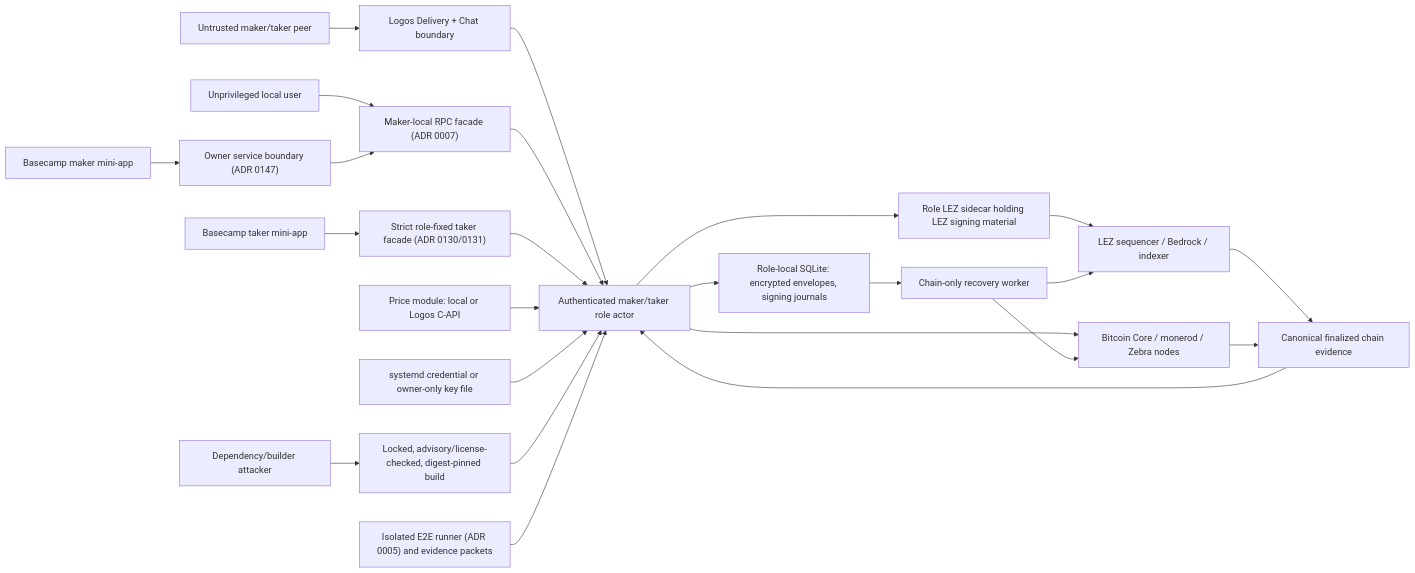
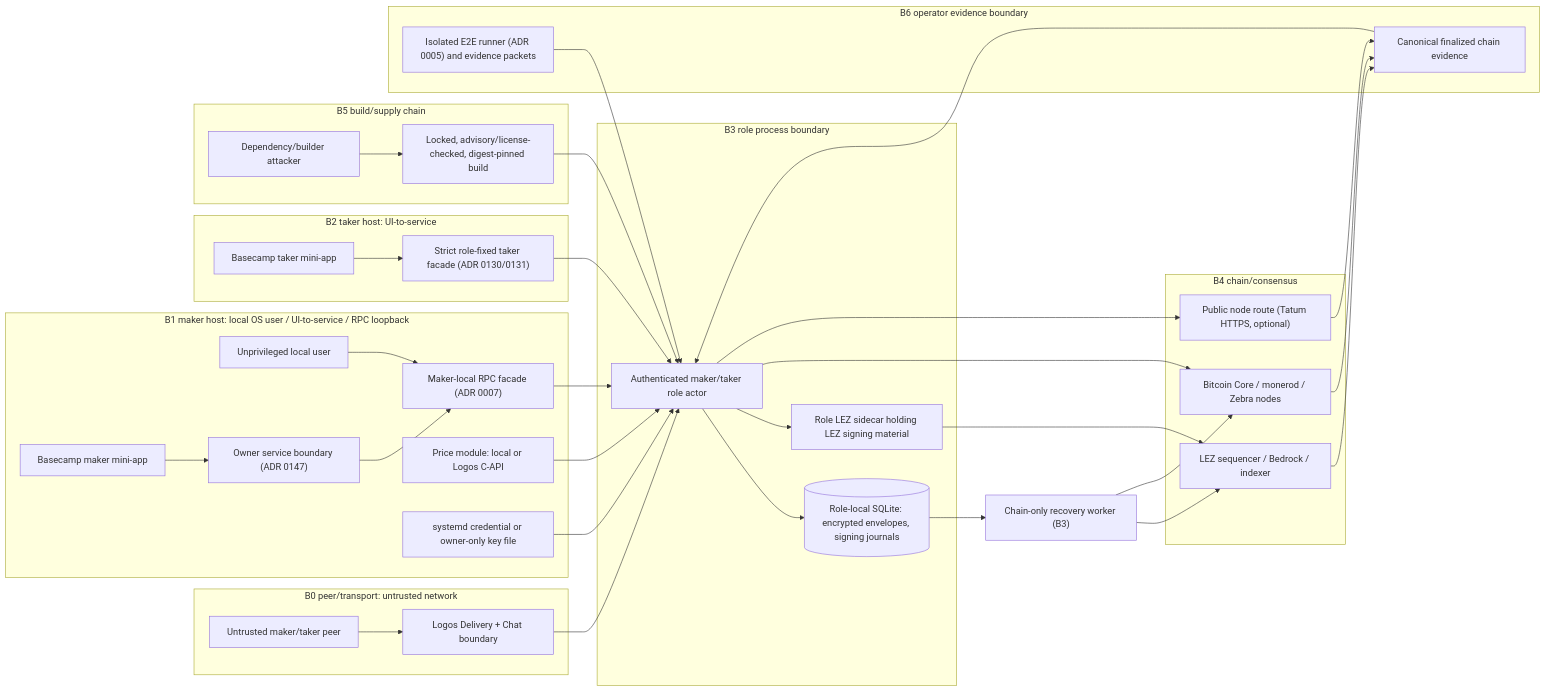
Before and after one commit to gateway-fm/lez-atomic-swaps: the diagram in docs/milestone-1/threat-model.md, drawn with Mermaid. The commit also changed other lines of this file, not shown here.

````diff
--- a/docs/milestone-1/threat-model.md
+++ b/docs/milestone-1/threat-model.md
@@ -18,26 +29,62 @@
 ```mermaid
 flowchart LR
-    Peer["Untrusted maker/taker peer"] --> Delivery["Logos Delivery + Chat boundary"]
-    Delivery --> Actor["Authenticated maker/taker role actor"]
-    Local["Unprivileged local user"] --> RPC["Maker-local RPC facade (ADR 0007)"]
+    subgraph B0["B0 peer/transport: untrusted network"]
+        Peer["Untrusted maker/taker peer"]
+        Delivery["Logos Delivery + Chat boundary"]
+    end
+    subgraph B1["B1 maker host: local OS user / UI-to-service / RPC loopback"]
+        Local["Unprivileged local user"]
+        RPC["Maker-local RPC facade (ADR 0007)"]
+        MiniM["Basecamp maker mini-app"]
+        OwnerSvc["Owner service boundary (ADR 0147)"]
+        Feed["Price module: local or Logos C-API"]
+        Cred["systemd credential or owner-only key file"]
+    end
+    subgraph B2["B2 taker host: UI-to-service"]
+        MiniT["Basecamp taker mini-app"]
+        TakerFacade["Strict role-fixed taker facade (ADR 0130/0131)"]
+    end
+    subgraph B3["B3 role process boundary"]
+        Actor["Authenticated maker/taker role actor"]
+        Sidecar["Role LEZ sidecar holding LEZ signing material"]
+        Store[("Role-local SQLite: encrypted envelopes, signing journals")]
+    end
+    subgraph B4["B4 chain/consensus"]
+        Lez["LEZ sequencer / Bedrock / indexer"]
+        Foreign["Bitcoin Core / monerod / Zebra nodes"]
+        Public["Public node route (Tatum HTTPS, optional)"]
+    end
+    subgraph B5["B5 build/supply chain"]
+        Supply["Dependency/builder attacker"]
+        Build["Locked, advisory/license-checked, digest-pinned build"]
+    end
+    subgraph B6["B6 operator evidence boundary"]
+        Runner["Isolated E2E runner (ADR 0005) and evidence packets"]
+        Evidence["Canonical finalized chain evidence"]
+    end
+    Peer --> Delivery
+    Delivery --> Actor
+    Local --> RPC
+    MiniM --> OwnerSvc
+    OwnerSvc --> RPC
     RPC --> Actor
-    MiniM["Basecamp maker mini-app"] --> OwnerSvc["Owner service boundary (ADR 0147)"]
-    OwnerSvc --> RPC
-    MiniT["Basecamp taker mini-app"] --> TakerFacade["Strict role-fixed taker facade (ADR 0130/0131)"]
+    MiniT --> TakerFacade
     TakerFacade --> Actor
-    Feed["Price module: local or Logos C-API"] --> Actor
-    Cred["systemd credential or owner-only key file"] --> Actor
-    Actor --> Store["Role-local SQLite: encrypted envelopes, signing journals"]
-    Actor --> Sidecar["Role LEZ sidecar holding LEZ signing material"]
-    Sidecar --> Lez["LEZ sequencer / Bedrock / indexer"]
-    Actor --> Foreign["Bitcoin Core / monerod / Zebra nodes"]
-    Lez --> Evidence["Canonical finalized chain evidence"]
+    Feed --> Actor
+    Cred --> Actor
+    Actor --> Store
+    Actor --> Sidecar
+    Sidecar --> Lez
+    Actor --> Foreign
+    Actor --> Public
+    Lez --> Evidence
     Foreign --> Evidence
+    Public --> Evidence
     Evidence --> Actor
-    Store --> Recovery["Chain-only recovery worker"]
+    Store --> Recovery["Chain-only recovery worker (B3)"]
     Recovery --> Lez
     Recovery --> Foreign
-    Supply["Dependency/builder attacker"] --> Build["Locked, advisory/license-checked, digest-pinned build"]
+    Supply --> Build
     Build --> Actor
-    Runner["Isolated E2E runner (ADR 0005) and evidence packets"] --> Actor
+    Runner --> Actor
 ```
````
